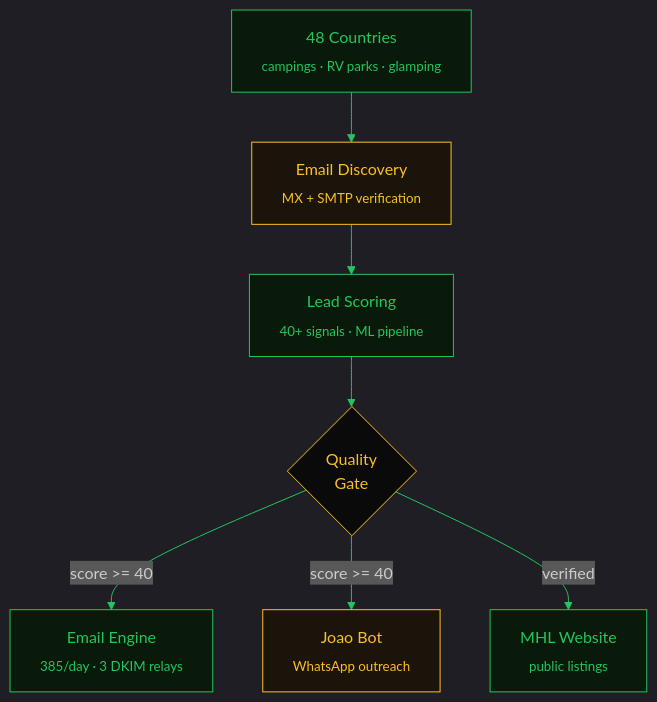
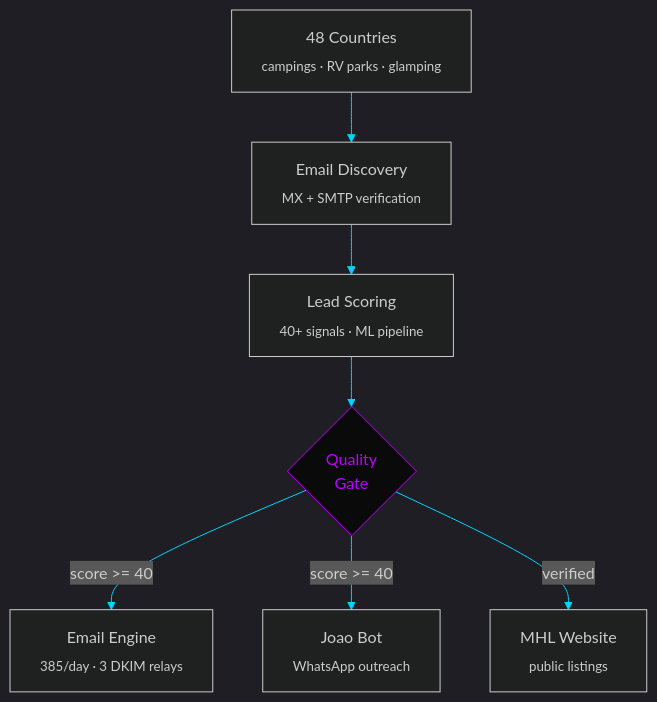
Before and after one commit to MatheusAgueda/MatheusAgueda: the second of 2 diagrams in README.md, drawn with Mermaid. The commit also changed other lines of this file and 5 other files, not shown here.

````diff
--- a/README.md
+++ b/README.md
@@ -198,23 +198,23 @@
 ```mermaid
 %%{init: {'theme': 'dark', 'themeVariables': {
-  'primaryColor': '#22c55e',
+  'primaryColor': '#FF2D95',
   'primaryTextColor': '#cccccc',
-  'primaryBorderColor': '#fbbf24',
-  'lineColor': '#22c55e',
+  'primaryBorderColor': '#BD00FF',
+  'lineColor': '#00D4FF',
   'secondaryColor': '#111122',
   'tertiaryColor': '#0d0d1a'
 }}}%%
 
 flowchart TB
   SCRAPE["48 Countries<br/><sub>campings · RV parks · glamping</sub>"]:::green
   --> ENRICH["Email Discovery<br/><sub>MX + SMTP verification</sub>"]:::gold
   --> SCORE["Lead Scoring<br/><sub>40+ signals · ML pipeline</sub>"]:::green
   --> GATE{"Quality<br/>Gate"}:::gate
   GATE -->|"score >= 40"| SEND["Email Engine<br/><sub>385/day · 3 DKIM relays</sub>"]:::green
   GATE -->|"score >= 40"| WA["Joao Bot<br/><sub>WhatsApp outreach</sub>"]:::gold
   GATE -->|"verified"| MHL["MHL Website<br/><sub>public listings</sub>"]:::green
 
-  classDef green fill:#0a1a0a,stroke:#22c55e,color:#22c55e
-  classDef gold fill:#1a140a,stroke:#fbbf24,color:#fbbf24
-  classDef gate fill:#0a0a0a,stroke:#fbbf24,color:#fbbf24
+  classDef pink fill:#1a0a14,stroke:#FF2D95,color:#FF2D95
+  classDef purple fill:#140a1a,stroke:#BD00FF,color:#BD00FF
+  classDef gate fill:#0a0a0a,stroke:#BD00FF,color:#BD00FF
 ```
````
